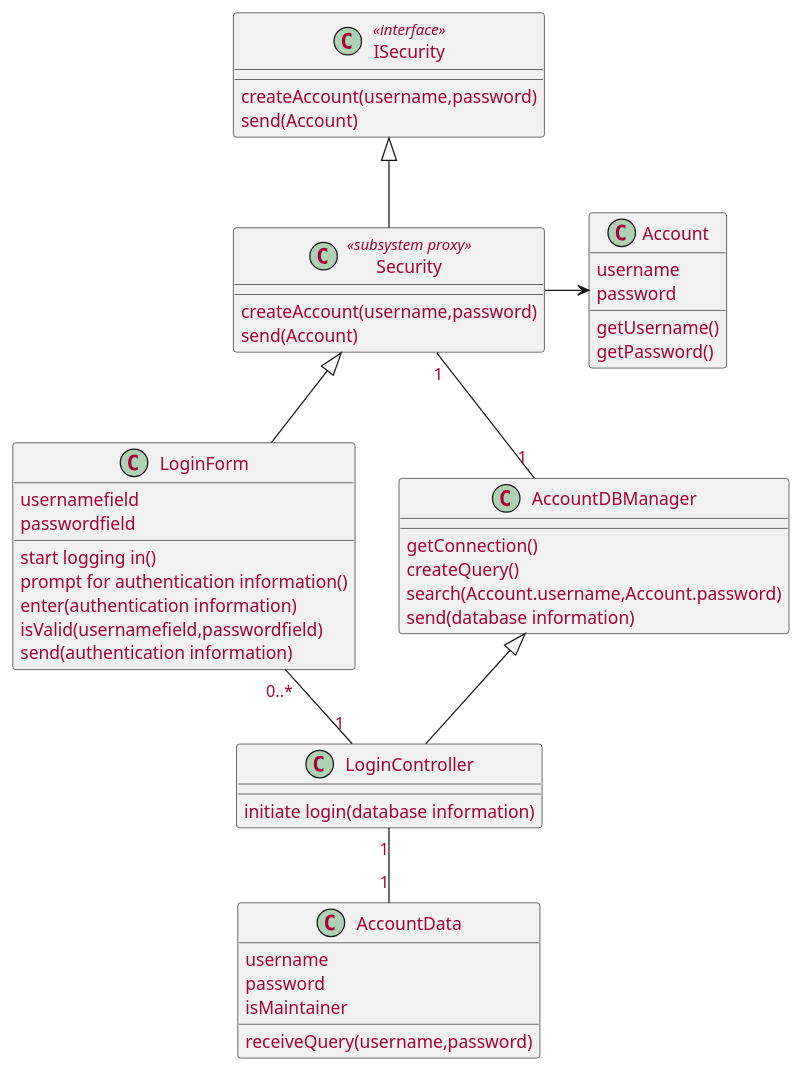
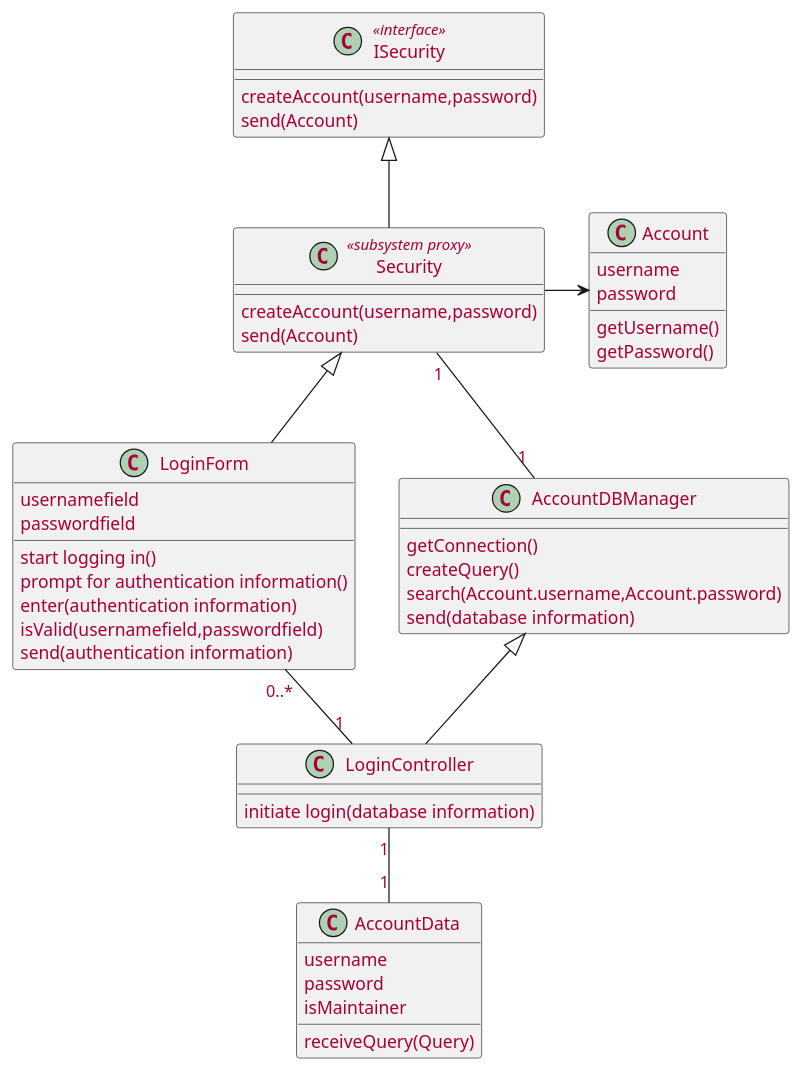
One commit to McSinyx/ipppi changed the second of 6 diagrams in source/solution/use-case-design.rst. Above: the diagram before and after it, drawn with PlantUML.

```diff
--- a/source/solution/use-case-design.rst
+++ b/source/solution/use-case-design.rst
@@ -48,49 +48,49 @@
 .. uml::
 
    skinparam defaultFontColor #a80036
    
    class Account {
      username
      password
      getUsername()
      getPassword()
    }
 
    class LoginForm extends Security {
       usernamefield
       passwordfield
       start logging in()
       prompt for authentication information()
       enter(authentication information)
       isValid(usernamefield,passwordfield)
       send(authentication information)
    }
    class ISecurity <<interface>> {
       createAccount(username,password)
       send(Account)  
    }
    class Security <<subsystem proxy>> extends ISecurity {
       createAccount(username,password)
       send(Account)
    }
    class AccountDBManager {
       getConnection()
       createQuery()
       search(Account.username,Account.password)
       send(database information)
    }
    class LoginController extends AccountDBManager {
        initiate login(database information)
    }
    
    class AccountData {
        username
        password
        isMaintainer
-       receiveQuery(username,password)
+       receiveQuery(Query)
    }
 
    LoginForm "0..*" -- "1" LoginController
    LoginController "1" -- "1" AccountData
    Security -> Account
    Security "1" -- "1" AccountDBManager
```
